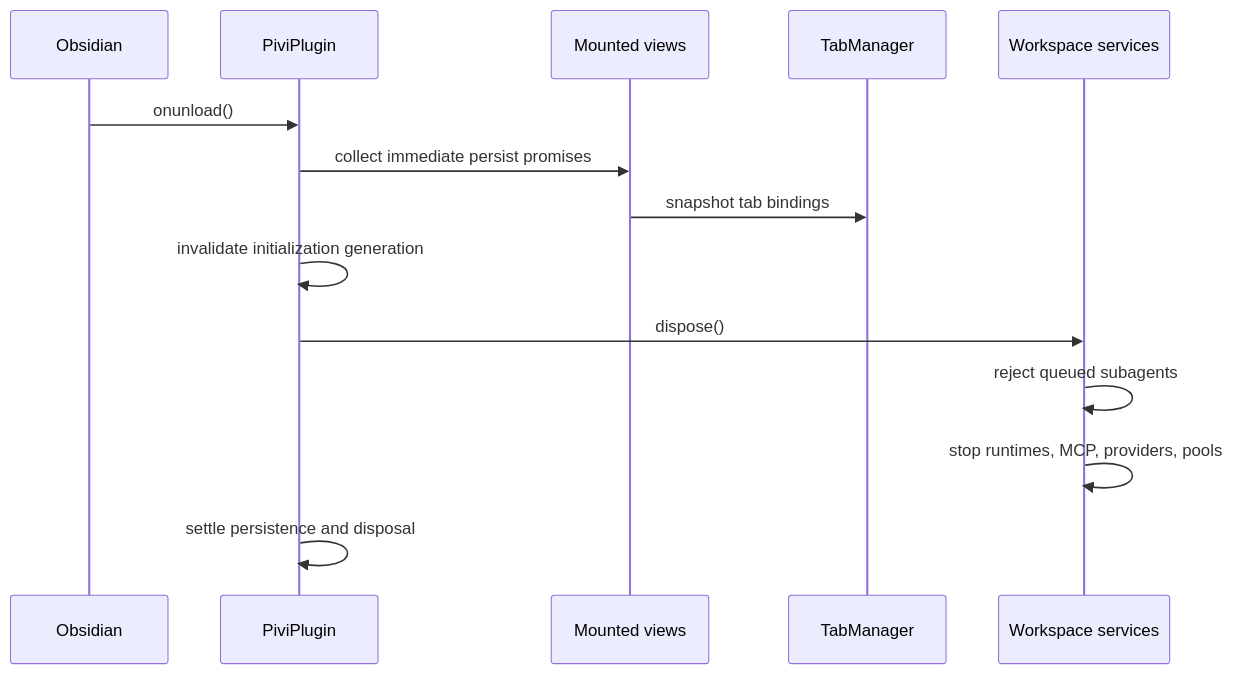
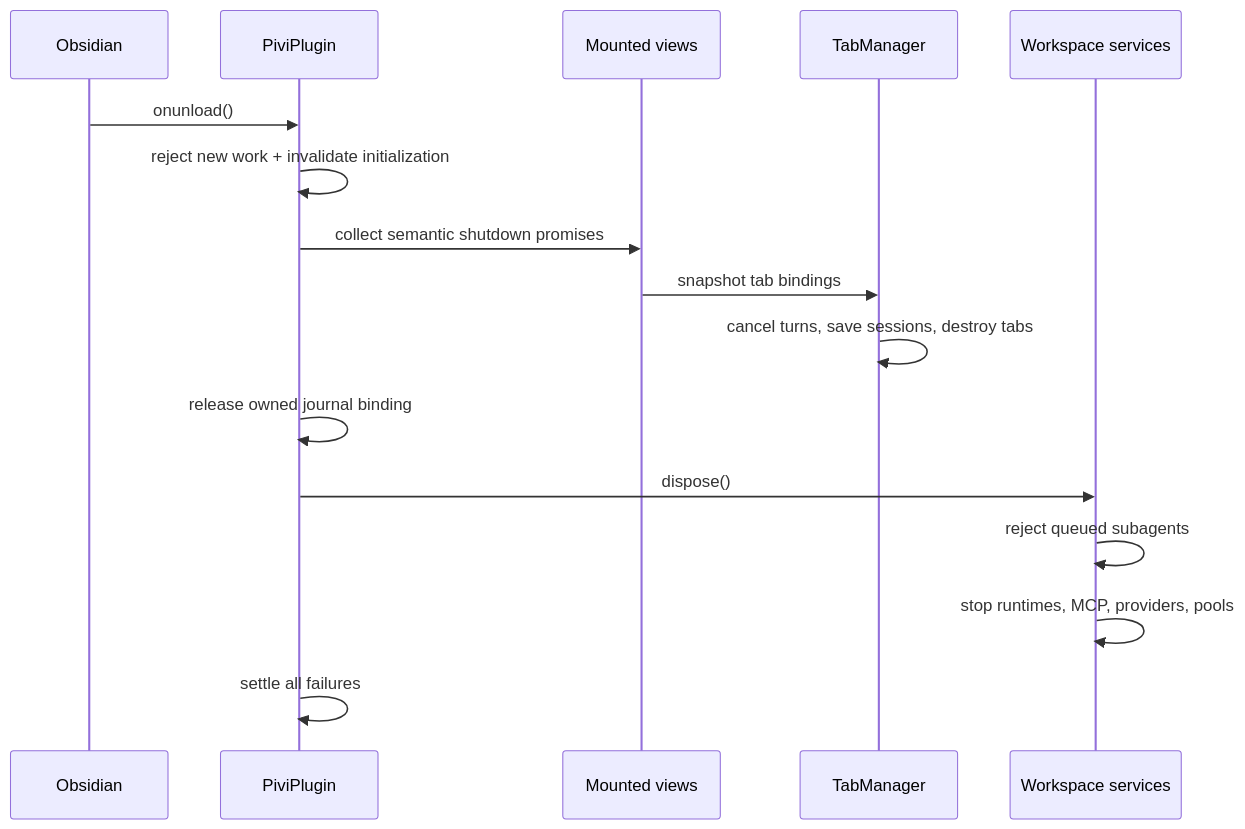
One commit to shuuul/obsidian-pivi changed the third of 3 diagrams in docs/03-plugin-lifecycle-and-composition.md. Above: the diagram before and after it, drawn with Mermaid. The commit also changed other lines of this file and 79 other files, not shown here.

````diff
--- a/docs/03-plugin-lifecycle-and-composition.md
+++ b/docs/03-plugin-lifecycle-and-composition.md
@@ -93,16 +93,18 @@
 ```mermaid
 sequenceDiagram
   participant O as Obsidian
   participant P as PiviPlugin
   participant V as Mounted views
   participant T as TabManager
   participant W as Workspace services
   O->>P: onunload()
-  P->>V: collect immediate persist promises
+  P->>P: reject new work + invalidate initialization
+  P->>V: collect semantic shutdown promises
   V->>T: snapshot tab bindings
-  P->>P: invalidate initialization generation
+  T->>T: cancel turns, save sessions, destroy tabs
+  P->>P: release owned journal binding
   P->>W: dispose()
   W->>W: reject queued subagents
   W->>W: stop runtimes, MCP, providers, pools
-  P->>P: settle persistence and disposal
+  P->>P: settle all failures
 ```
````
